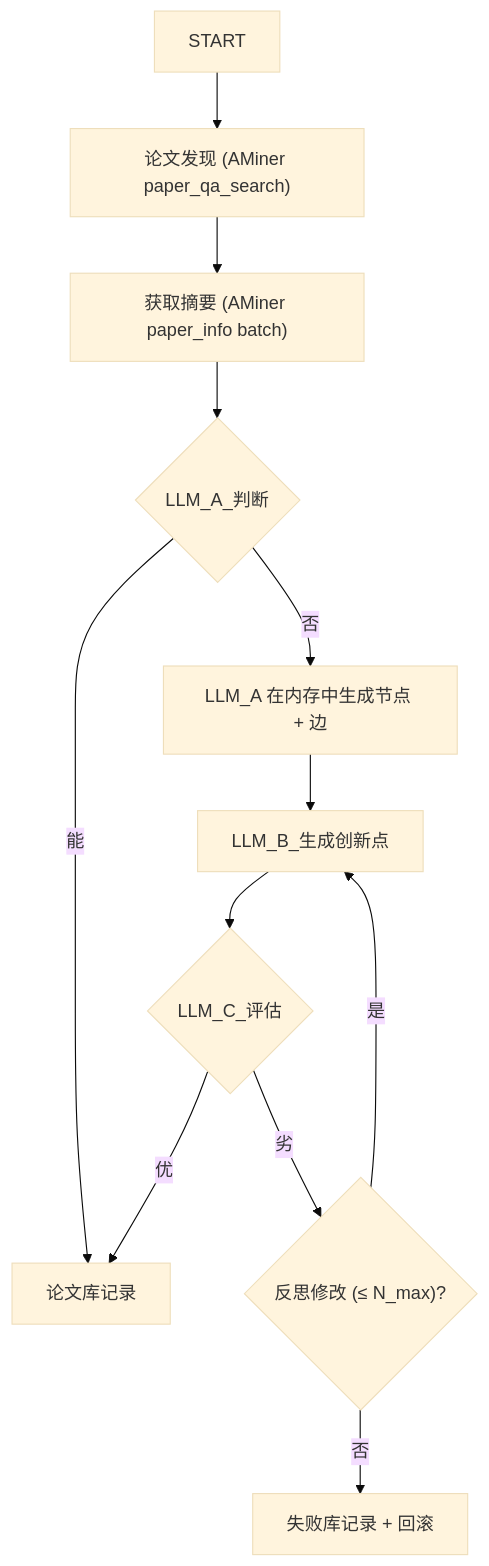
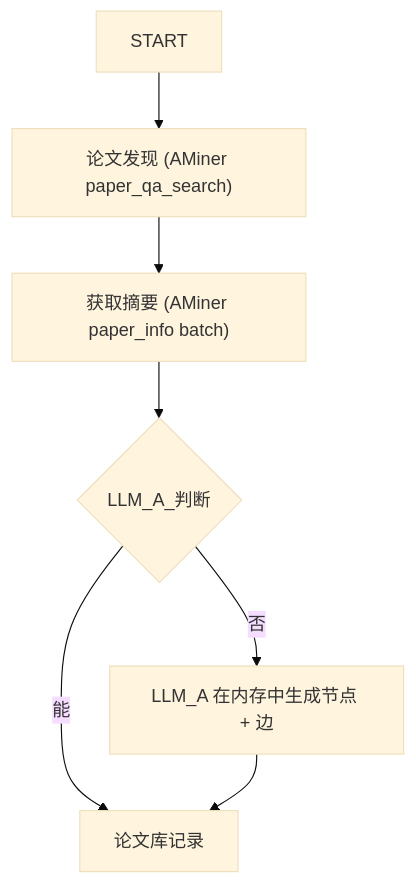
Before and after one commit to cheanus/IdeaForgeX: the second of 3 diagrams in doc/architecture.md, drawn with Mermaid (base theme). The commit also changed other lines of this file and 16 other files, not shown here.

````diff
--- a/doc/architecture.md
+++ b/doc/architecture.md
@@ -94,15 +92,10 @@
 ```mermaid
 flowchart TD
     S["START"]
     S --> D["论文发现 (AMiner paper_qa_search)"]
     D --> P1["获取摘要 (AMiner paper_info batch)"]
     P1 --> A1{"LLM_A_判断"}
     A1 -->|能| PAPER["论文库记录"]
     A1 -->|否| A2["LLM_A 在内存中生成节点 + 边"]
-    A2 --> B["LLM_B_生成创新点"]
-    B --> C{"LLM_C_评估"}
-    C -->|优| PAPER
-    C -->|劣| RETRY{"反思修改 (≤ N_max)?"}
-    RETRY -->|是| B
-    RETRY -->|否| FAIL["失败库记录 + 回滚"]
+    A2 --> PAPER
 ```
````
